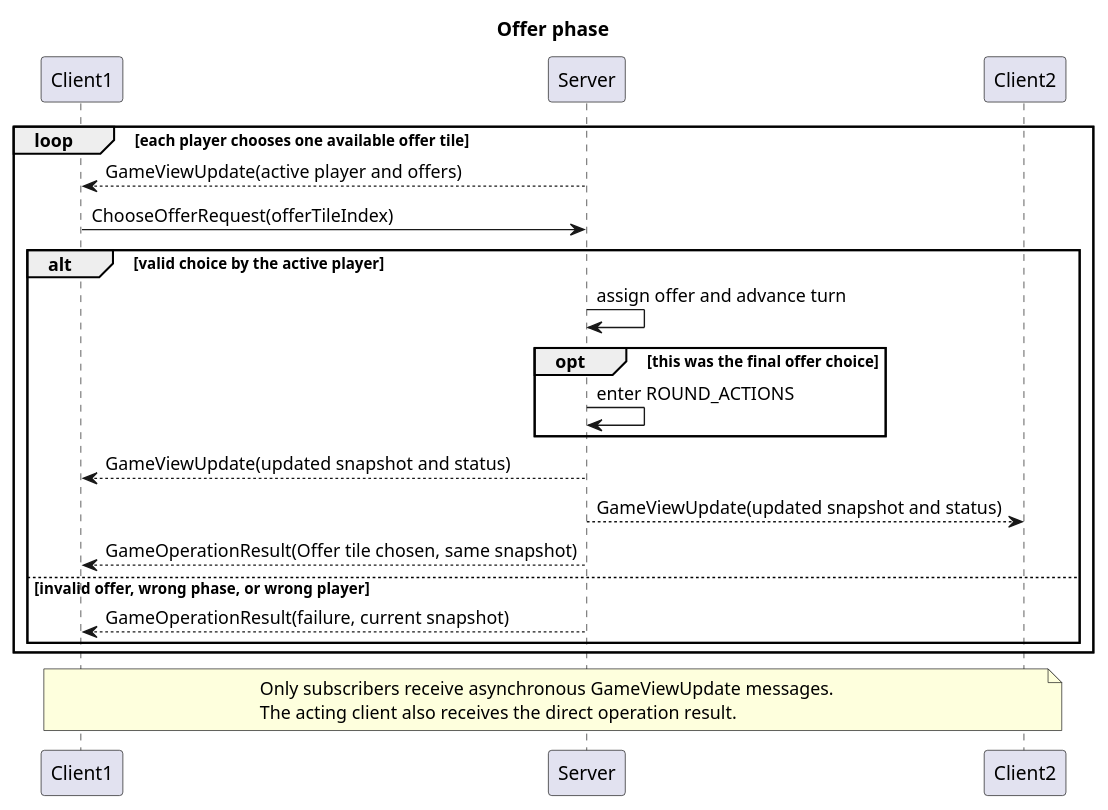
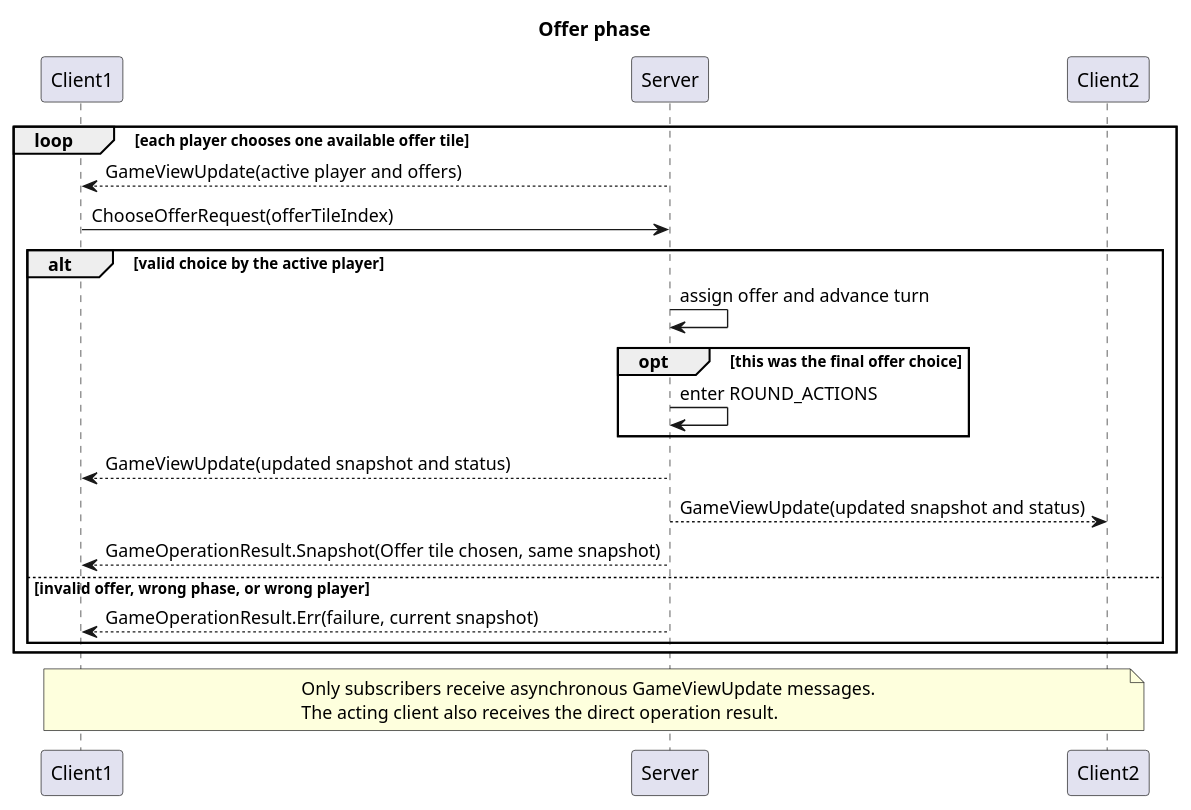
The diagram in UML_Diagram/SequenceDiagrams/05-offer-phase.puml (matteoroda05/Mesos), drawn with PlantUML before and after one commit. The commit also changed 9 other files, not shown here.

Commit message:
docs(sequence diagrams): update sequence diagrams to reflect new GameOperationResult structure

```diff
--- a/UML_Diagram/SequenceDiagrams/05-offer-phase.puml
+++ b/UML_Diagram/SequenceDiagrams/05-offer-phase.puml
@@ -1,31 +1,31 @@
 @startuml
 
 title Offer phase
 
 participant Client1
 participant Server
 participant Client2
 
 loop each player chooses one available offer tile
 Server-->Client1: GameViewUpdate(active player and offers)
 Client1->Server: ChooseOfferRequest(offerTileIndex)
 
 alt valid choice by the active player
 Server->Server: assign offer and advance turn
 opt this was the final offer choice
 Server->Server: enter ROUND_ACTIONS
 end
 Server-->Client1: GameViewUpdate(updated snapshot and status)
 Server-->Client2: GameViewUpdate(updated snapshot and status)
-Server-->Client1: GameOperationResult(Offer tile chosen, same snapshot)
+Server-->Client1: GameOperationResult.Snapshot(Offer tile chosen, same snapshot)
 else invalid offer, wrong phase, or wrong player
-Server-->Client1: GameOperationResult(failure, current snapshot)
+Server-->Client1: GameOperationResult.Err(failure, current snapshot)
 end
 end
 
 note over Client1, Client2
 Only subscribers receive asynchronous GameViewUpdate messages.
 The acting client also receives the direct operation result.
 end note
 
 @enduml
```
